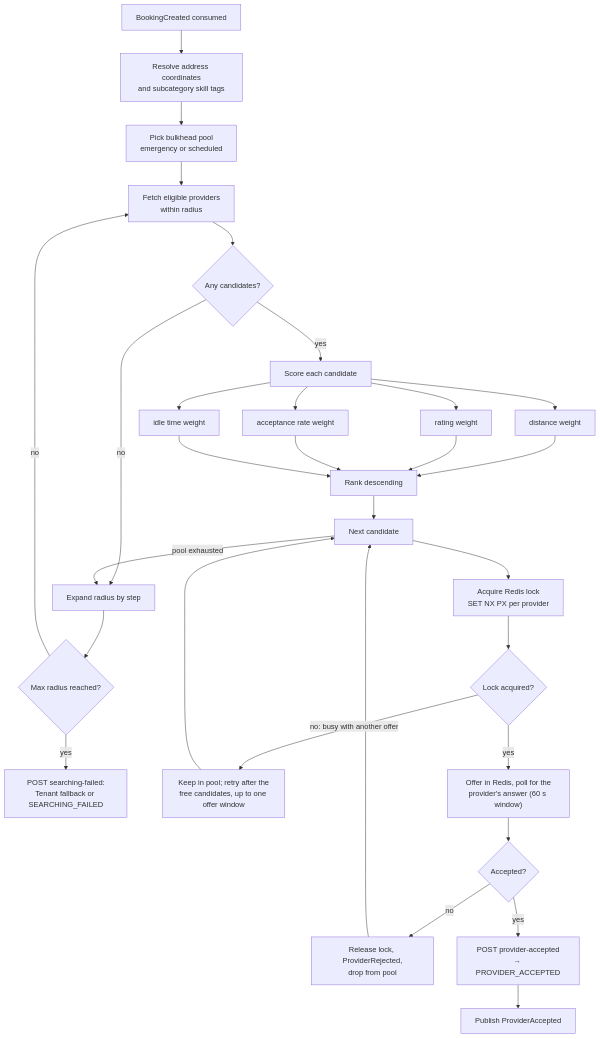
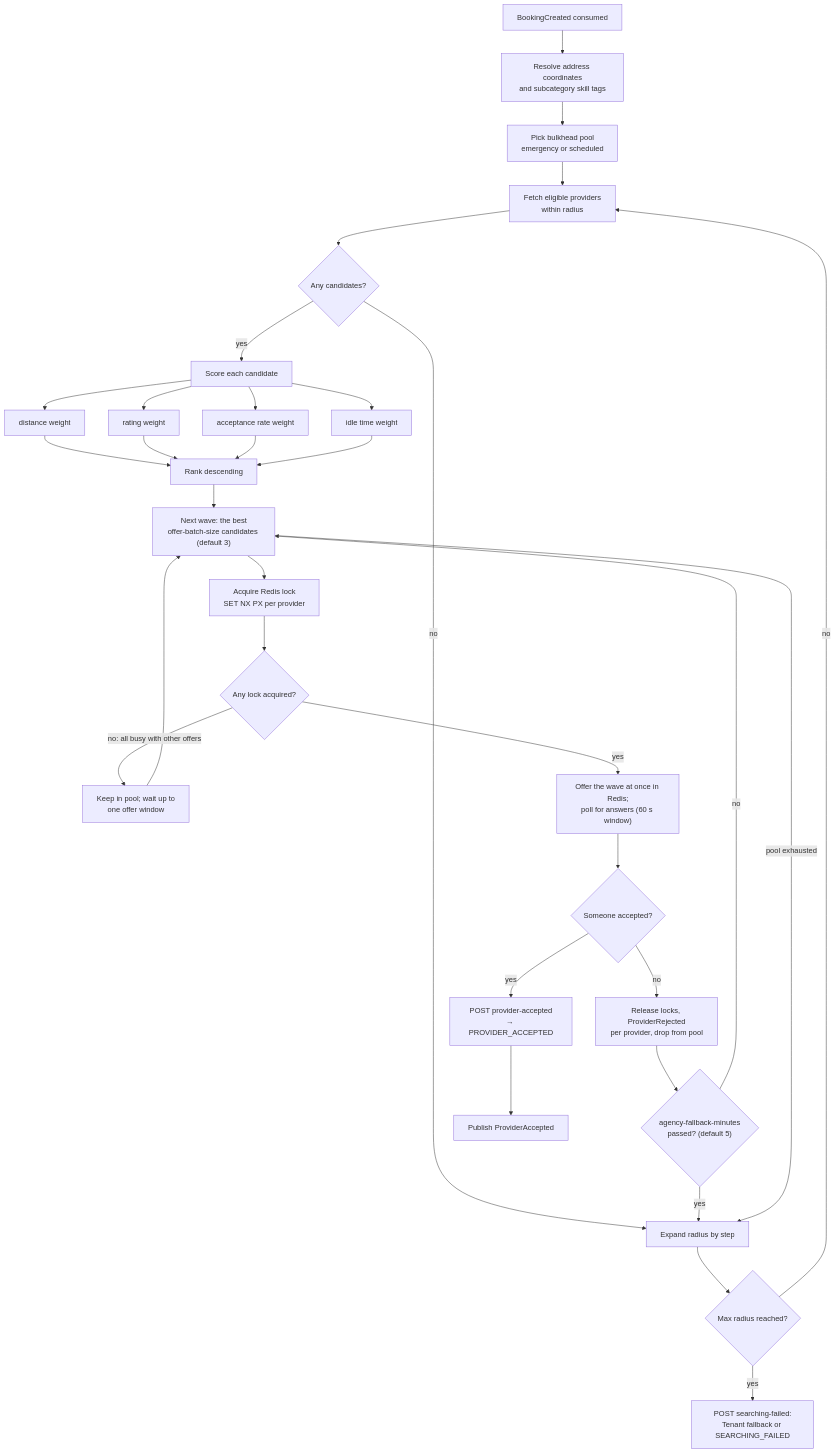
One commit to KripaGIT009/home-fix changed diagram 26 of 29 in docs/ARCHITECTURE.md. Above: the diagram before and after it, drawn with Mermaid. The commit also changed other lines of this file and 576 other files, not shown here.

````diff
--- a/docs/ARCHITECTURE.md
+++ b/docs/ARCHITECTURE.md
@@ -1440,31 +1437,33 @@
 ```mermaid
 flowchart TD
     A["BookingCreated consumed"] --> A1["Resolve address coordinates<br/>and subcategory skill tags"]
     A1 --> B["Pick bulkhead pool<br/>emergency or scheduled"]
     B --> C["Fetch eligible providers<br/>within radius"]
     C --> D{"Any candidates?"}
     D -->|no| E["Expand radius by step"]
     E --> F{"Max radius reached?"}
     F -->|no| C
     F -->|yes| G["POST searching-failed:<br/>Tenant fallback or SEARCHING_FAILED"]
     D -->|yes| H["Score each candidate"]
 
     H --> H1["distance weight"]
     H --> H2["rating weight"]
     H --> H3["acceptance rate weight"]
     H --> H4["idle time weight"]
     H1 & H2 & H3 & H4 --> I["Rank descending"]
 
-    I --> J["Next candidate"]
+    I --> J["Next wave: the best<br/>offer-batch-size candidates (default 3)"]
     J --> K["Acquire Redis lock<br/>SET NX PX per provider"]
-    K --> L{"Lock acquired?"}
-    L -->|"no: busy with another offer"| BUSY["Keep in pool; retry after the<br/>free candidates, up to one offer window"]
+    K --> L{"Any lock acquired?"}
+    L -->|"no: all busy with other offers"| BUSY["Keep in pool; wait up to<br/>one offer window"]
     BUSY --> J
-    L -->|yes| M["Offer in Redis, poll for the<br/>provider's answer (60 s window)"]
-    M --> N{"Accepted?"}
-    N -->|no| O["Release lock, ProviderRejected,<br/>drop from pool"]
-    O --> J
+    L -->|yes| M["Offer the wave at once in Redis;<br/>poll for answers (60 s window)"]
+    M --> N{"Someone accepted?"}
+    N -->|no| O["Release locks, ProviderRejected<br/>per provider, drop from pool"]
+    O --> T{"agency-fallback-minutes<br/>passed? (default 5)"}
+    T -->|no| J
+    T -->|yes| E
     J -->|"pool exhausted"| E
     N -->|yes| P["POST provider-accepted<br/>→ PROVIDER_ACCEPTED"]
     P --> Q["Publish ProviderAccepted"]
 ```
````
